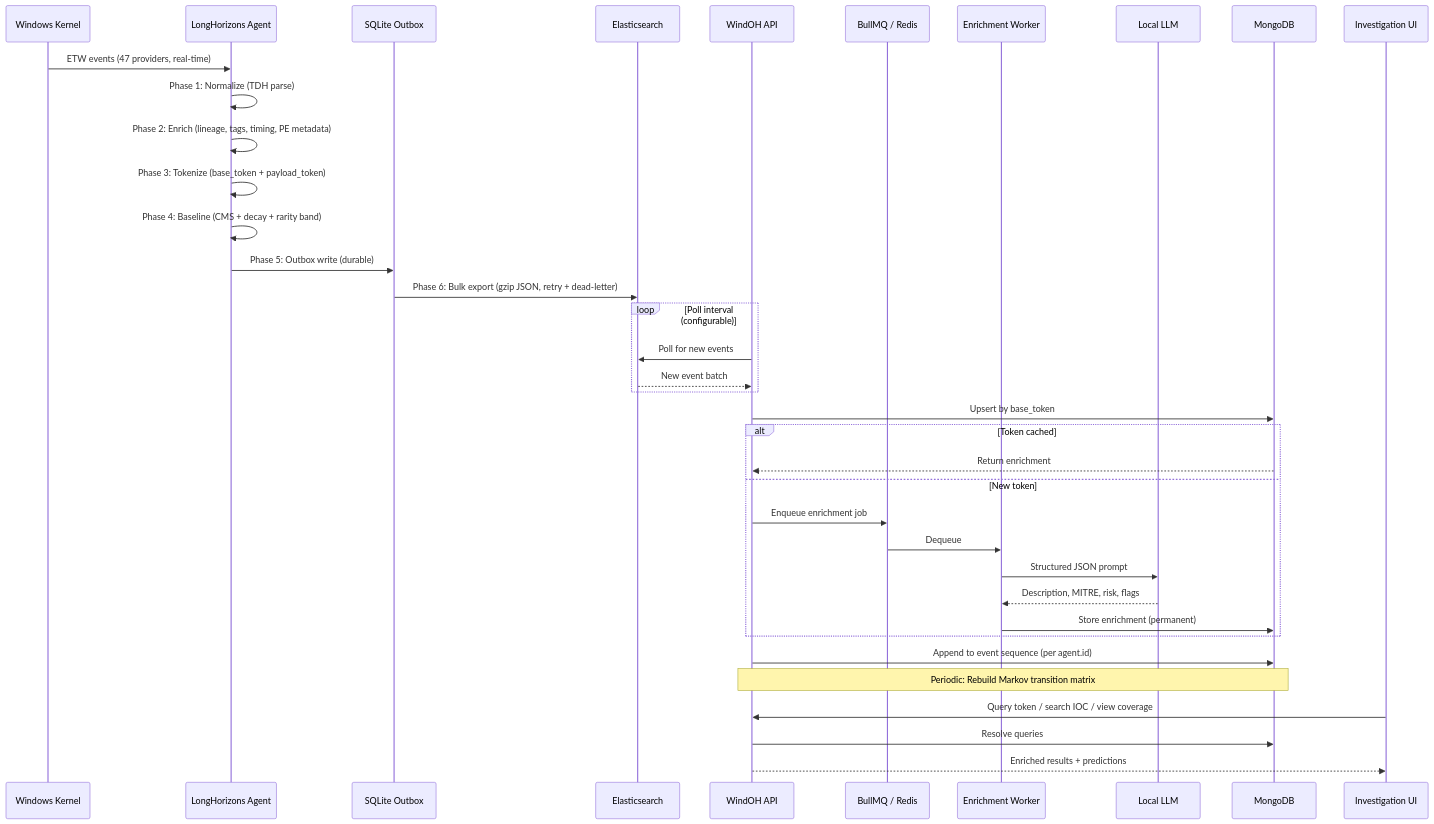
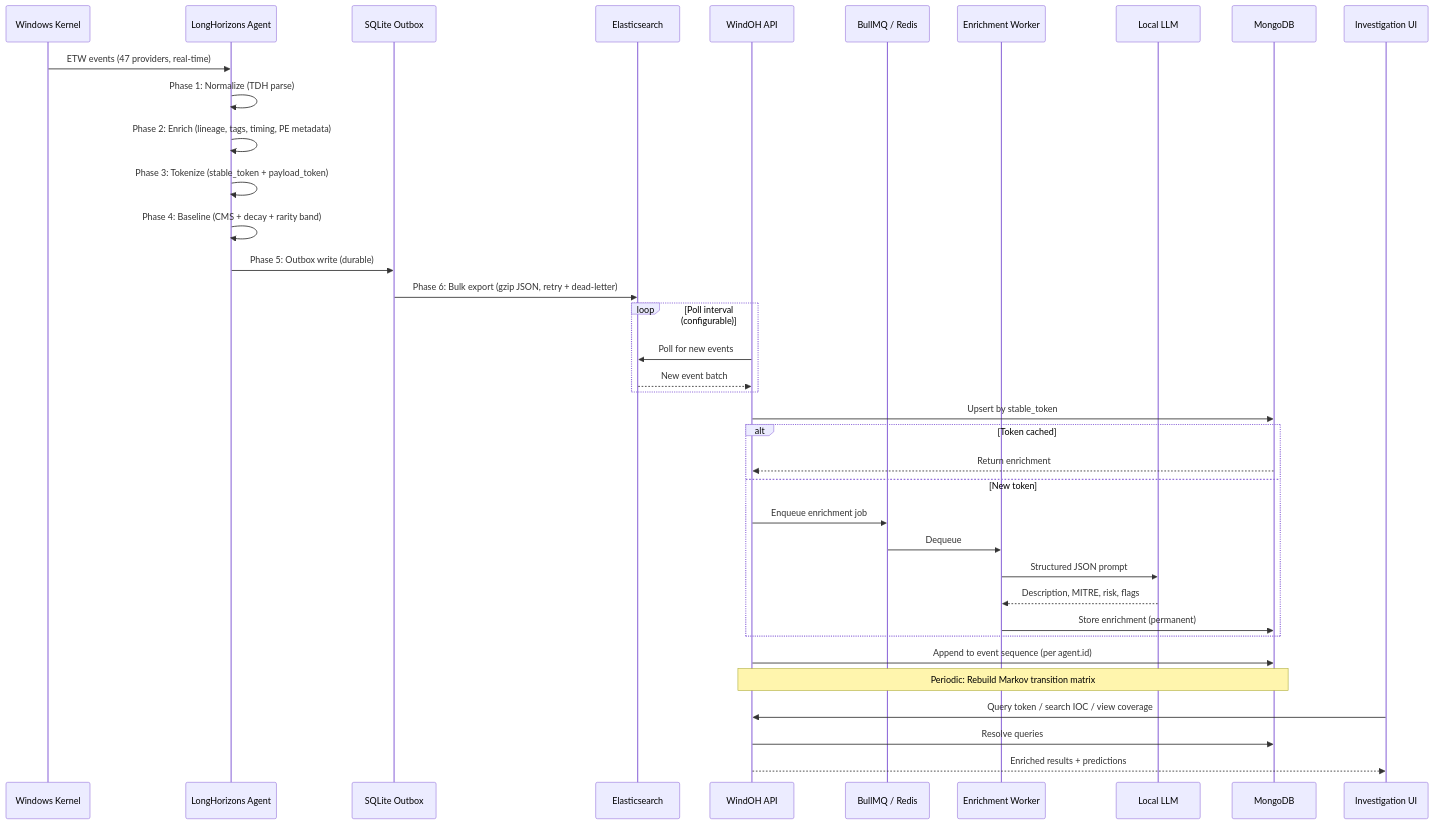
One commit to LongHorizons/WindOH changed the diagram in docs/architecture/DATA_FLOW.md. Above: the diagram before and after it, drawn with Mermaid. The commit also changed other lines of this file and 14 other files, not shown here.

First line of the commit message:
Rename base token -> stable token across all documentation

````diff
--- a/docs/architecture/DATA_FLOW.md
+++ b/docs/architecture/DATA_FLOW.md
@@ -5,46 +5,46 @@
 ```mermaid
 sequenceDiagram
     participant K as Windows Kernel
     participant LH as LongHorizons Agent
     participant SQLite as SQLite Outbox
     participant ES as Elasticsearch
     participant API as WindOH API
     participant Q as BullMQ / Redis
     participant W as Enrichment Worker
     participant LLM as Local LLM
     participant DB as MongoDB
     participant UX as Investigation UI
 
     K->>LH: ETW events (47 providers, real-time)
     LH->>LH: Phase 1: Normalize (TDH parse)
     LH->>LH: Phase 2: Enrich (lineage, tags, timing, PE metadata)
-    LH->>LH: Phase 3: Tokenize (base_token + payload_token)
+    LH->>LH: Phase 3: Tokenize (stable_token + payload_token)
     LH->>LH: Phase 4: Baseline (CMS + decay + rarity band)
     LH->>SQLite: Phase 5: Outbox write (durable)
     SQLite->>ES: Phase 6: Bulk export (gzip JSON, retry + dead-letter)
     
     loop Poll interval (configurable)
         API->>ES: Poll for new events
         ES-->>API: New event batch
     end
     
-    API->>DB: Upsert by base_token
+    API->>DB: Upsert by stable_token
     
     alt Token cached
         DB-->>API: Return enrichment
     else New token
         API->>Q: Enqueue enrichment job
         Q->>W: Dequeue
         W->>LLM: Structured JSON prompt
         LLM-->>W: Description, MITRE, risk, flags
         W->>DB: Store enrichment (permanent)
     end
     
     API->>DB: Append to event sequence (per agent.id)
     
     Note over API,DB: Periodic: Rebuild Markov transition matrix
     
     UX->>API: Query token / search IOC / view coverage
     API->>DB: Resolve queries
     API-->>UX: Enriched results + predictions
 ```
````
